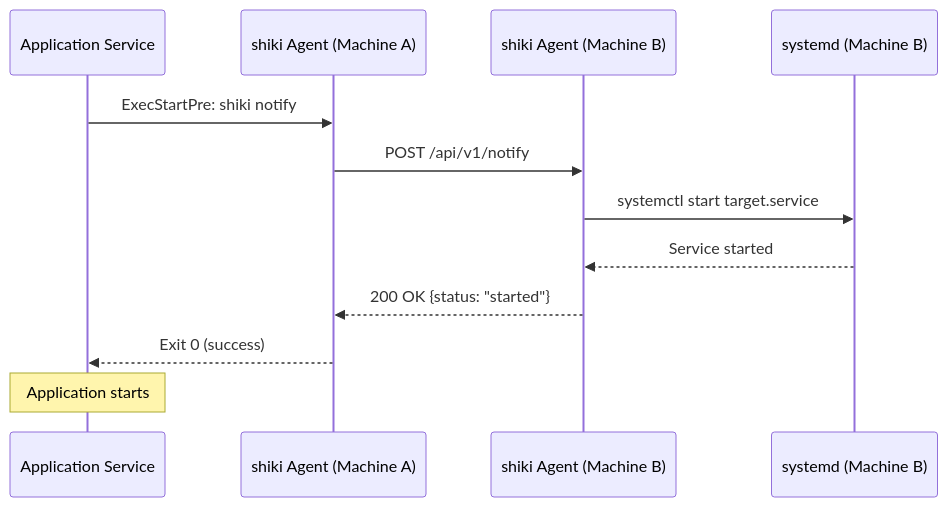
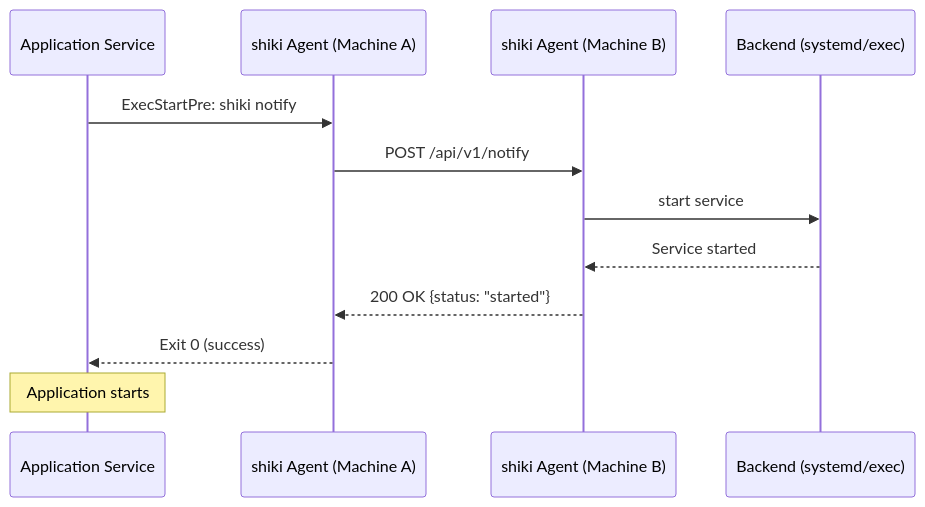
Before and after one commit to pirakansa/shiki: the third of 4 diagrams in docs/DESIGN.md, drawn with Mermaid. The commit also changed other lines of this file and 5 other files, not shown here.

````diff
--- a/docs/DESIGN.md
+++ b/docs/DESIGN.md
@@ -98,15 +141,15 @@
 ```mermaid
 sequenceDiagram
     participant App as Application Service
     participant Agent1 as shiki Agent (Machine A)
     participant Agent2 as shiki Agent (Machine B)
-    participant systemd as systemd (Machine B)
+    participant Backend as Backend (systemd/exec)
     
     App->>Agent1: ExecStartPre: shiki notify
     Agent1->>Agent2: POST /api/v1/notify
-    Agent2->>systemd: systemctl start target.service
-    systemd-->>Agent2: Service started
+    Agent2->>Backend: start service
+    Backend-->>Agent2: Service started
     Agent2-->>Agent1: 200 OK {status: "started"}
     Agent1-->>App: Exit 0 (success)
     Note over App: Application starts
 ```
````
